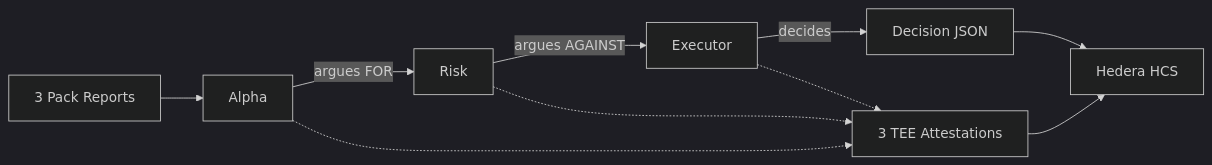
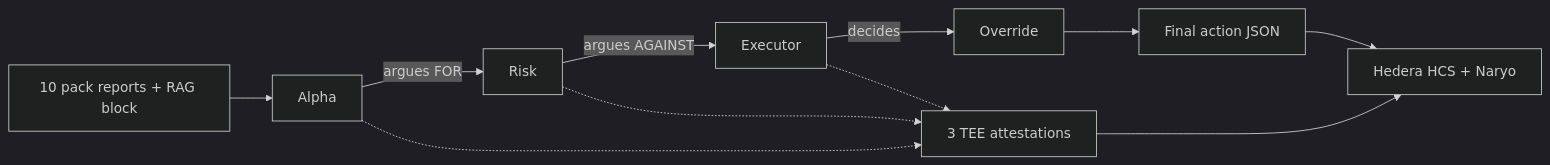
Before and after one commit to elbarroca/ETH_Global_Cannes_2026: the fourth of 8 diagrams in README.md, drawn with Mermaid (dark theme). The commit also changed other lines of this file and 6 other files, not shown here.

````diff
--- a/README.md
+++ b/README.md
@@ -202,12 +156,13 @@
 ```mermaid
 graph LR
-    Reports[3 Pack Reports] --> Alpha
+    Reports[10 pack reports + RAG block] --> Alpha
     Alpha -->|argues FOR| Risk
     Risk -->|argues AGAINST| Executor
-    Executor -->|decides| Decision[Decision JSON]
-    Decision --> HCS[Hedera HCS]
-    Alpha -.-> Proof[3 TEE Attestations]
+    Executor -->|decides| Override
+    Override --> Decision[Final action JSON]
+    Decision --> HCS[Hedera HCS + Naryo]
+    Alpha -.-> Proof[3 TEE attestations]
     Risk -.-> Proof
     Executor -.-> Proof
     Proof --> HCS
 ```
````
